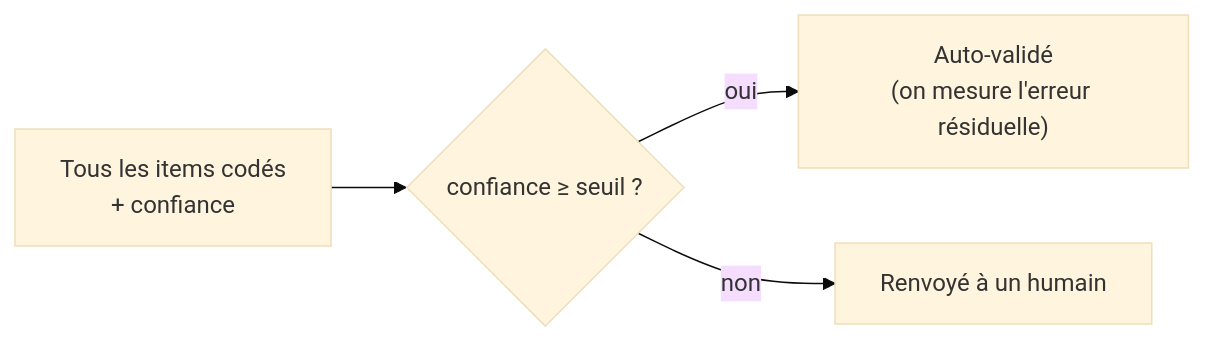
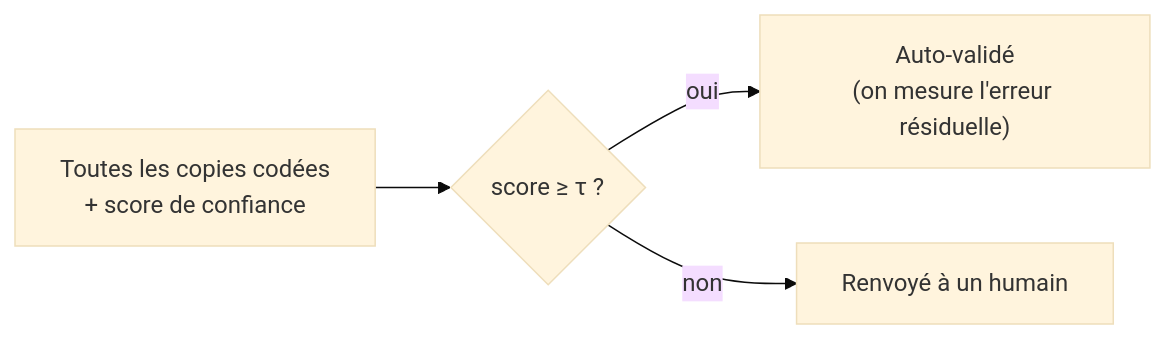
The diagram in website/evaluation.qmd (InseeFrLab/evaluation_dictee), drawn with Mermaid (base theme) before and after one commit. The commit also changed other lines of this file and 6 other files, not shown here.

````diff
--- a/website/evaluation.qmd
+++ b/website/evaluation.qmd
@@ -155,6 +347,6 @@
 ```{mermaid}
 flowchart LR
-    A["Tous les items codés<br/>+ confiance"] --> B{"confiance ≥ seuil ?"}
+    A["Toutes les copies codées<br/>+ score de confiance"] --> B{"score ≥ τ ?"}
     B -->|oui| C["Auto-validé<br/>(on mesure l'erreur résiduelle)"]
     B -->|non| D["Renvoyé à un humain"]
 ```
````
